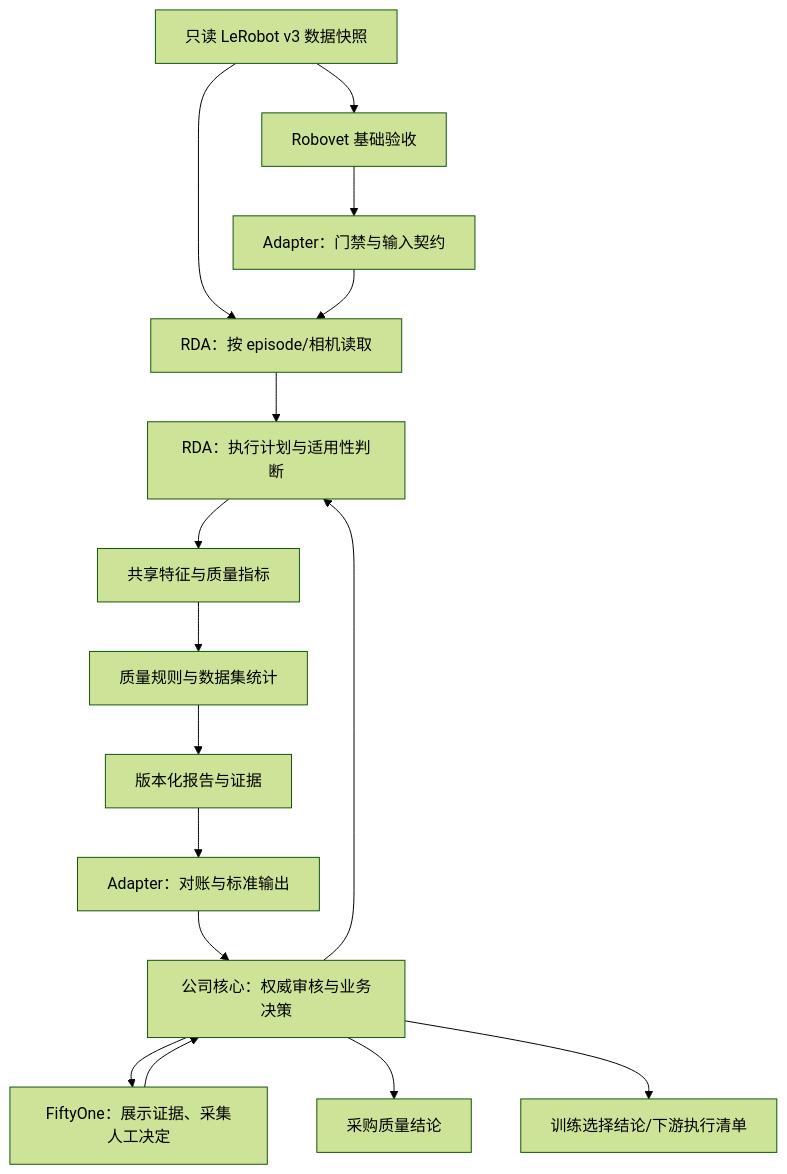
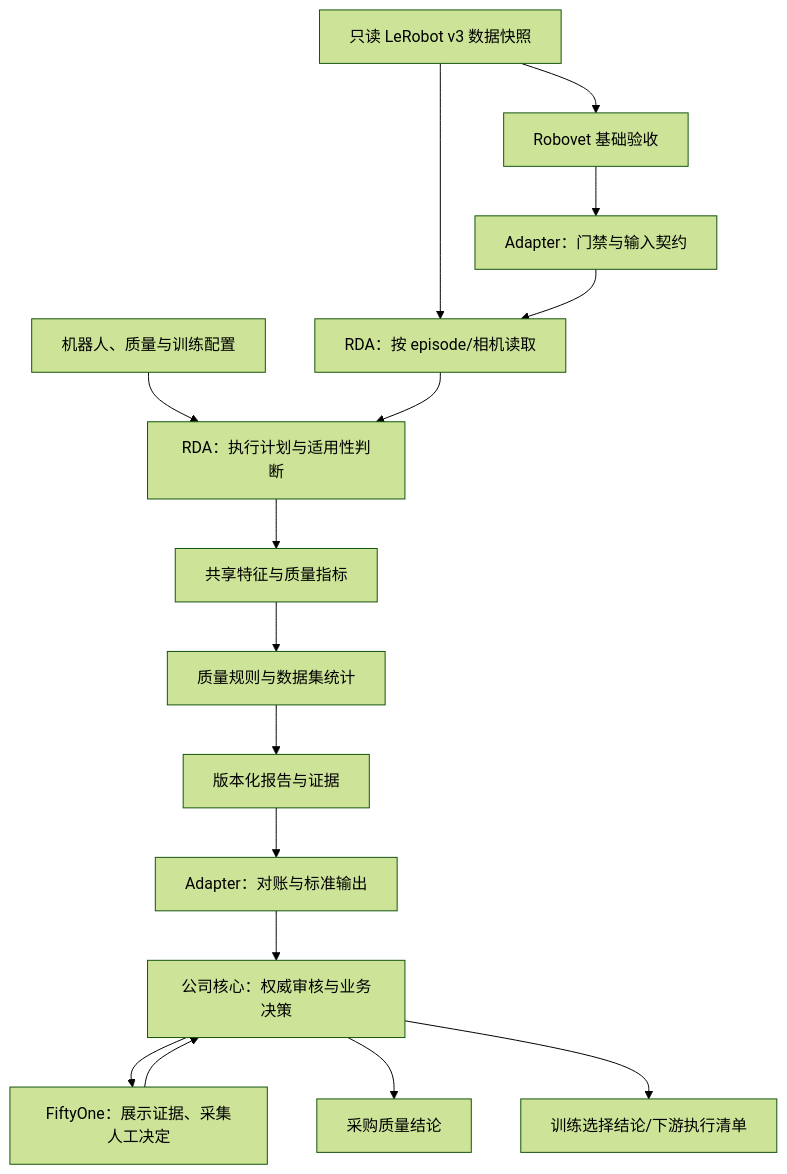
One commit to jiangmingxuan234-alt/rda-internal changed the diagram in docs/superpowers/specs/2026-09-10-rda-quality-component-design.md. Above: the diagram before and after it, drawn with Mermaid (forest theme). The commit also changed other lines of this file, not shown here.

Commit message:
docs: clarify RDA decision and execution states

````diff
--- a/docs/superpowers/specs/2026-09-10-rda-quality-component-design.md
+++ b/docs/superpowers/specs/2026-09-10-rda-quality-component-design.md
@@ -89,18 +89,18 @@
 ```mermaid
 flowchart TD
     D[只读 LeRobot v3 数据快照] --> V[Robovet 基础验收]
     V --> A[Adapter：门禁与输入契约]
     D --> L[RDA：按 episode/相机读取]
     A --> L
-    C[机器人、质量与训练配置] --> P[RDA：执行计划与适用性判断]
+    CFG[机器人、质量与训练配置] --> P[RDA：执行计划与适用性判断]
     L --> P
     P --> M[共享特征与质量指标]
     M --> R[质量规则与数据集统计]
     R --> O[版本化报告与证据]
     O --> A2[Adapter：对账与标准输出]
     A2 --> C[公司核心：权威审核与业务决策]
     C --> F[FiftyOne：展示证据、采集人工决定]
     F --> C
     C --> Q[采购质量结论]
     C --> T[训练选择结论/下游执行清单]
 ```
````
